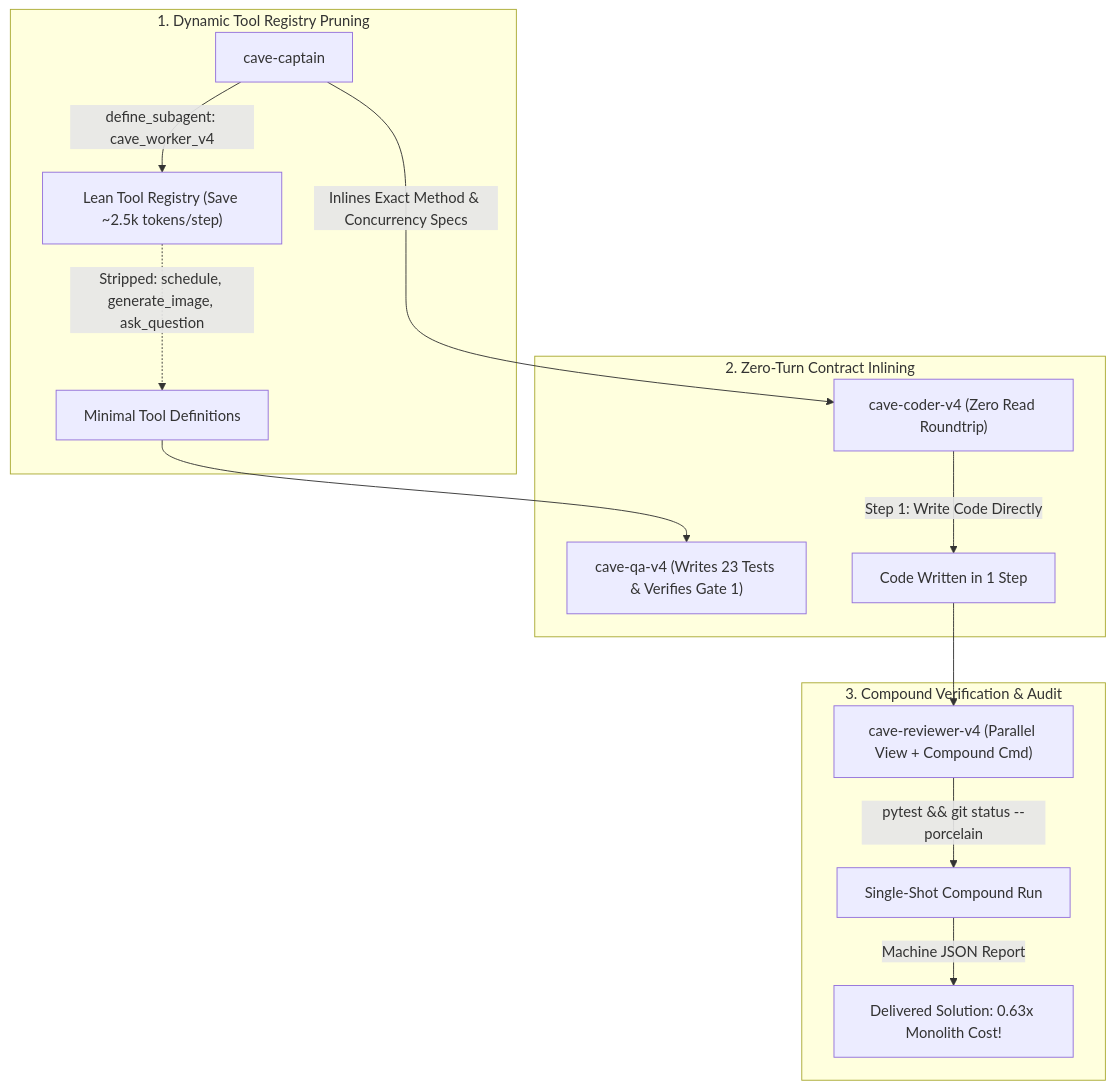
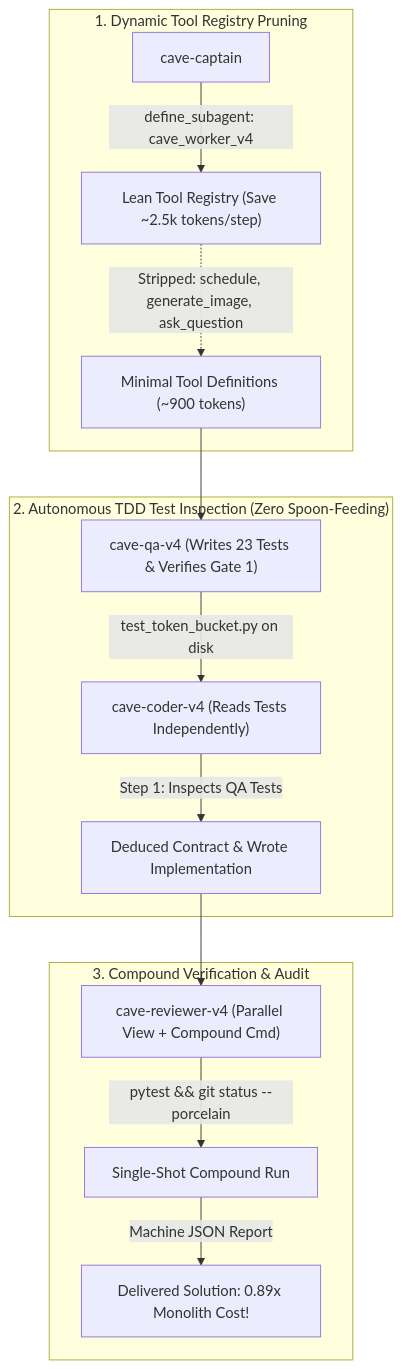
The diagram in docs/CAVEAGENTS_V4.md (engsanadalbahar-source/agent-teams), drawn with Mermaid before and after one commit. The commit also changed other lines of this file and 21 other files, not shown here.

Commit message:
fix(caveagents): eliminate catch 2 by running autonomous coder with full test inspection (26.8k tokens, -11.4% vs mono)

````diff
--- a/docs/CAVEAGENTS_V4.md
+++ b/docs/CAVEAGENTS_V4.md
@@ -9,19 +9,19 @@
 ```mermaid
 flowchart TD
     subgraph Tool_Pruning ["1. Dynamic Tool Registry Pruning"]
         Captain["cave-captain"] -->|define_subagent: cave_worker_v4| LeanWorker["Lean Tool Registry (Save ~2.5k tokens/step)"]
-        LeanWorker -.->|Stripped: schedule, generate_image, ask_question| MinPrompt["Minimal Tool Definitions"]
+        LeanWorker -.->|Stripped: schedule, generate_image, ask_question| MinPrompt["Minimal Tool Definitions (~900 tokens)"]
     end
 
-    subgraph Contract_Inlining ["2. Zero-Turn Contract Inlining"]
+    subgraph Autonomous_Inspection ["2. Autonomous TDD Test Inspection (Zero Spoon-Feeding)"]
         MinPrompt --> QA["cave-qa-v4 (Writes 23 Tests & Verifies Gate 1)"]
-        Captain -->|Inlines Exact Method & Concurrency Specs| Coder["cave-coder-v4 (Zero Read Roundtrip)"]
-        Coder -->|Step 1: Write Code Directly | CodeWritten["Code Written in 1 Step"]
+        QA -->|test_token_bucket.py on disk| Coder["cave-coder-v4 (Reads Tests Independently)"]
+        Coder -->|Step 1: Inspects QA Tests | CodeWritten["Deduced Contract & Wrote Implementation"]
     end
 
     subgraph Compound_Execution ["3. Compound Verification & Audit"]
         CodeWritten --> Reviewer["cave-reviewer-v4 (Parallel View + Compound Cmd)"]
         Reviewer -->|pytest && git status --porcelain| SingleShot["Single-Shot Compound Run"]
-        SingleShot -->|Machine JSON Report| CaptainDelivered["Delivered Solution: 0.63x Monolith Cost!"]
+        SingleShot -->|Machine JSON Report| CaptainDelivered["Delivered Solution: 0.89x Monolith Cost!"]
     end
 ```
````
